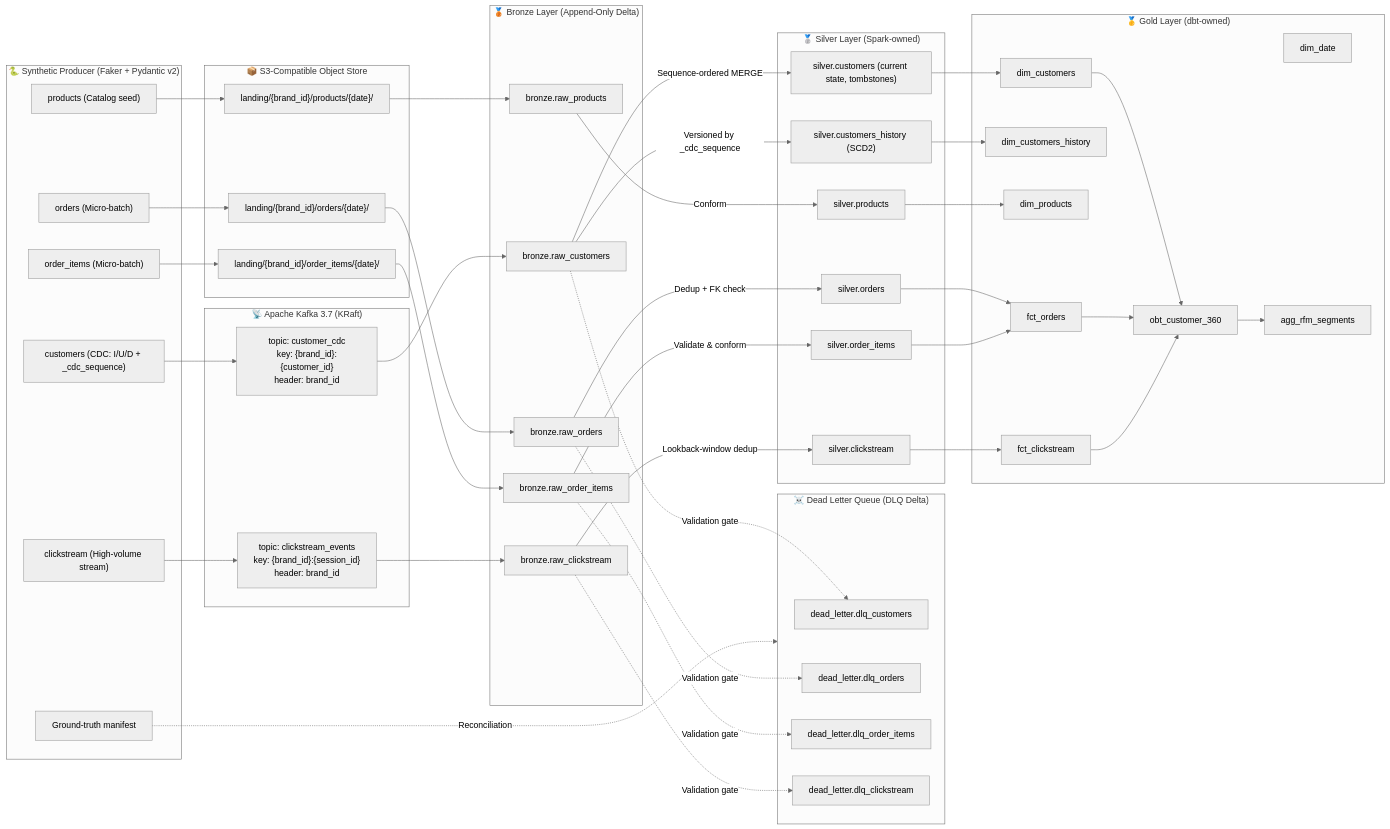
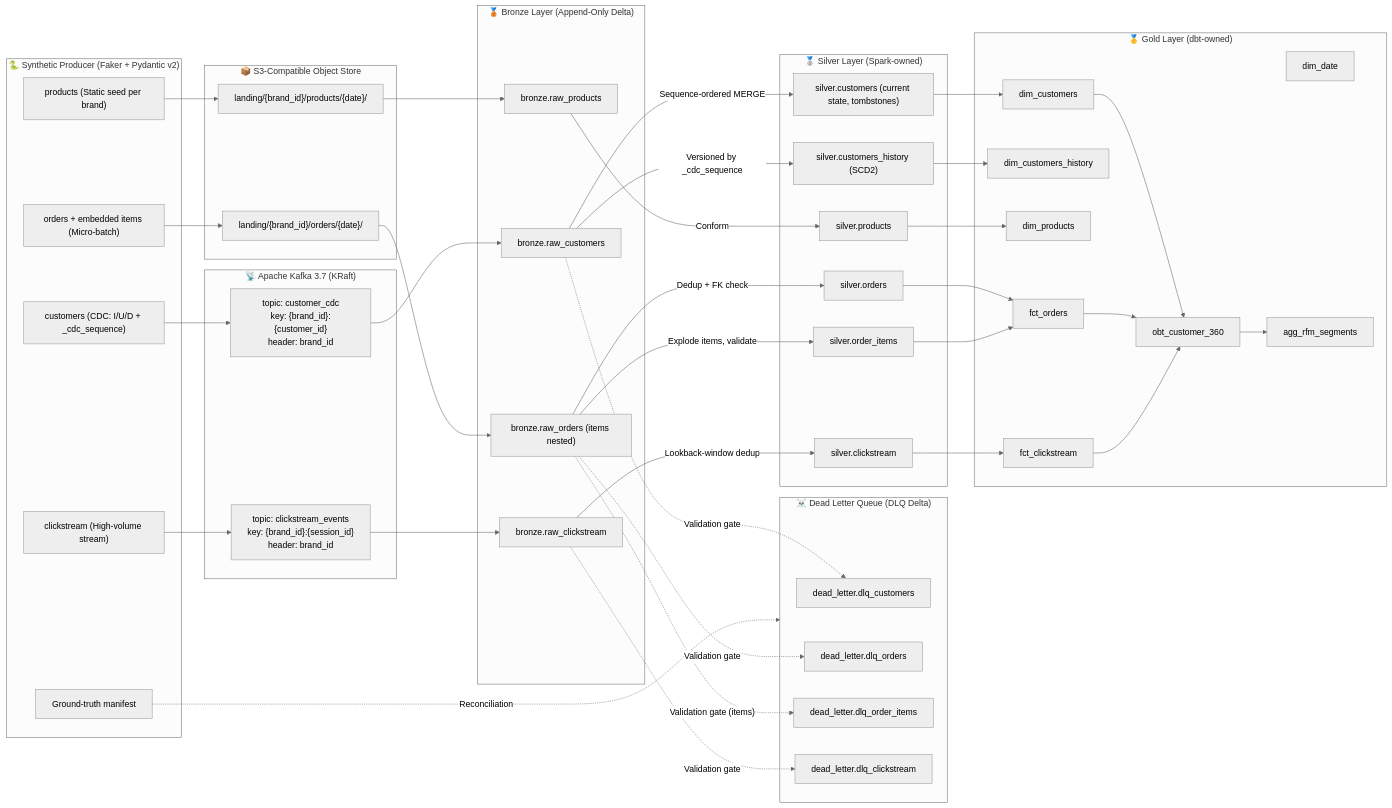
The diagram in docs/DATA_CONTRACTS.md (dogruom/thelook-lakehouse-platform), drawn with Mermaid (neutral theme) before and after one commit. The commit also changed other lines of this file and 30 other files, not shown here.

```diff
--- a/docs/DATA_CONTRACTS.md
+++ b/docs/DATA_CONTRACTS.md
@@ -19,9 +19,8 @@
 graph LR
     subgraph DataProducer["🐍 Synthetic Producer (Faker + Pydantic v2)"]
         GEN_C["customers (CDC: I/U/D + _cdc_sequence)"]
-        GEN_O["orders (Micro-batch)"]
-        GEN_I["order_items (Micro-batch)"]
-        GEN_P["products (Catalog seed)"]
+        GEN_O["orders + embedded items (Micro-batch)"]
+        GEN_P["products (Static seed per brand)"]
         GEN_E["clickstream (High-volume stream)"]
         MAN["Ground-truth manifest"]
     end
@@ -33,14 +32,12 @@
 
     subgraph StorageLanding["📦 S3-Compatible Object Store"]
         LAND_O["landing/{brand_id}/orders/{date}/"]
-        LAND_I["landing/{brand_id}/order_items/{date}/"]
         LAND_P["landing/{brand_id}/products/{date}/"]
     end
 
     subgraph BronzeMedallion["🥉 Bronze Layer (Append-Only Delta)"]
         B_C["bronze.raw_customers"]
-        B_O["bronze.raw_orders"]
-        B_I["bronze.raw_order_items"]
+        B_O["bronze.raw_orders (items nested)"]
         B_P["bronze.raw_products"]
         B_E["bronze.raw_clickstream"]
     end
@@ -75,18 +72,17 @@
     GEN_C --> TOPIC_CDC --> B_C
     GEN_E --> TOPIC_EVENTS --> B_E
     GEN_O --> LAND_O --> B_O
-    GEN_I --> LAND_I --> B_I
     GEN_P --> LAND_P --> B_P
 
     B_C -.->|"Validation gate"| DLQ_C
     B_O -.->|"Validation gate"| DLQ_O
-    B_I -.->|"Validation gate"| DLQ_I
+    B_O -.->|"Validation gate (items)"| DLQ_I
     B_E -.->|"Validation gate"| DLQ_E
 
     B_C -->|"Sequence-ordered MERGE"| S_C
     B_C -->|"Versioned by _cdc_sequence"| S_CH
     B_O -->|"Dedup + FK check"| S_O
-    B_I -->|"Validate & conform"| S_I
+    B_O -->|"Explode items, validate"| S_I
     B_P -->|"Conform"| S_P
     B_E -->|"Lookback-window dedup"| S_E
 
```
